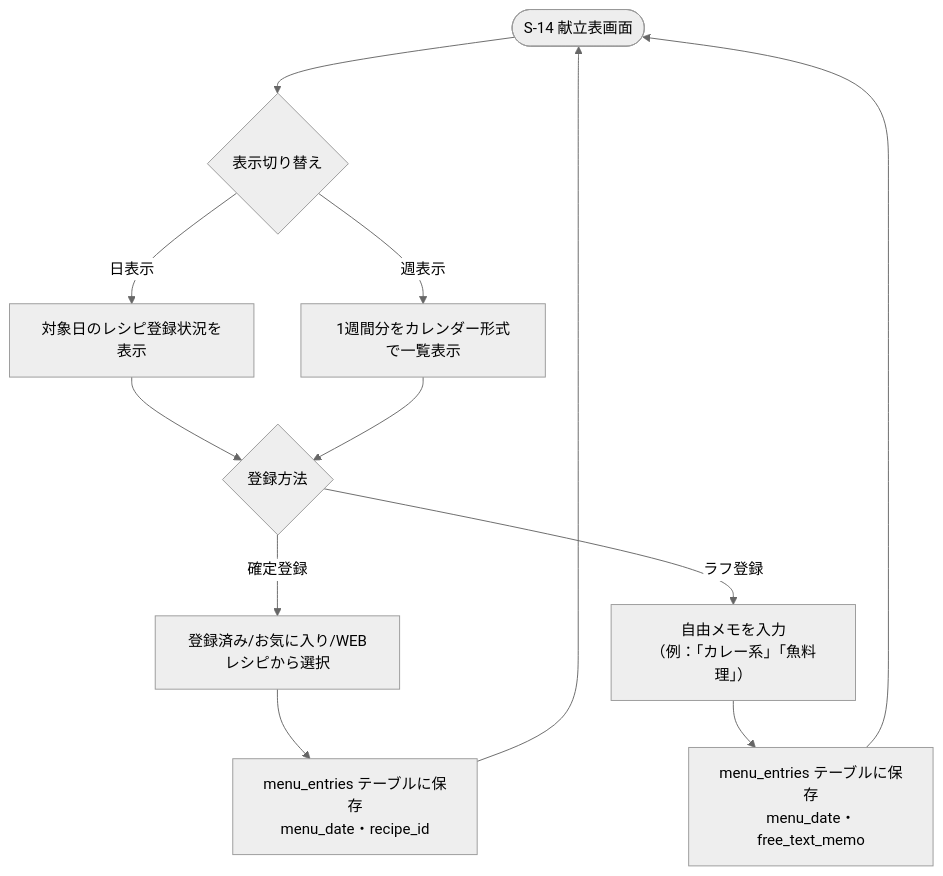
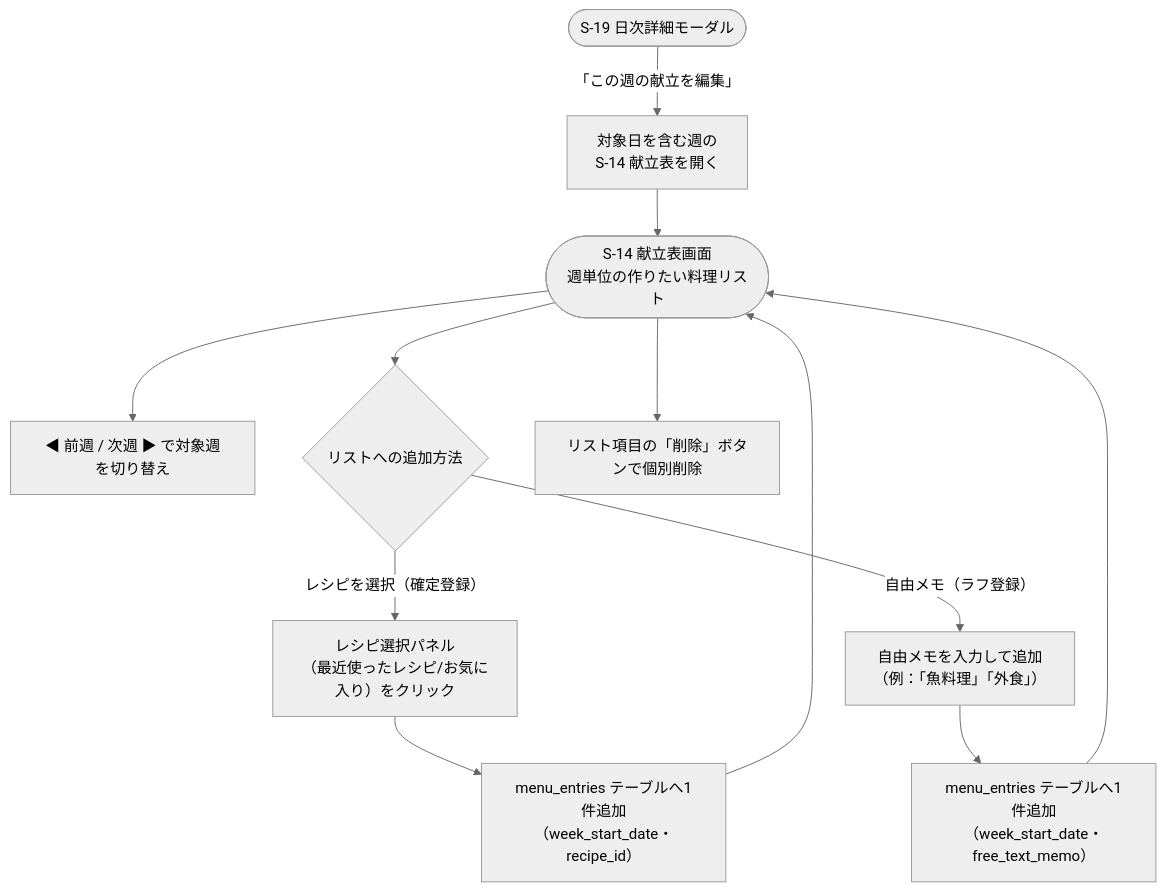
The diagram in docs/details/features/F10_kondate_menu.md (yamamotonaoki3/HomeLog), drawn with Mermaid (neutral theme) before and after one commit. The commit also changed other lines of this file and 22 other files, not shown here.

````diff
--- a/docs/details/features/F10_kondate_menu.md
+++ b/docs/details/features/F10_kondate_menu.md
@@ -19,14 +21,15 @@
 ```mermaid
 flowchart TD
-    A([S-14 献立表画面]) --> B{表示切り替え}
-    B -- 日表示 --> C[対象日のレシピ登録状況を表示]
-    B -- 週表示 --> D[1週間分をカレンダー形式で一覧表示]
-    C --> E{登録方法}
-    D --> E
-    E -- 確定登録 --> F[登録済み/お気に入り/WEBレシピから選択]
-    F --> G[menu_entries テーブルに保存\nmenu_date・recipe_id]
-    E -- ラフ登録 --> H[自由メモを入力\n（例：「カレー系」「魚料理」）]
-    H --> I[menu_entries テーブルに保存\nmenu_date・free_text_memo]
+    A([S-14 献立表画面\n週単位の作りたい料理リスト]) --> B["◀ 前週 / 次週 ▶ で対象週を切り替え"]
+    A --> C{リストへの追加方法}
+    C -- レシピを選択（確定登録） --> D["レシピ選択パネル\n（最近使ったレシピ/お気に入り）をクリック"]
+    C -- 自由メモ（ラフ登録） --> E["自由メモを入力して追加\n（例：「魚料理」「外食」）"]
+    D --> F["menu_entries テーブルへ1件追加\n（week_start_date・recipe_id）"]
+    E --> G["menu_entries テーブルへ1件追加\n（week_start_date・free_text_memo）"]
+    F --> A
     G --> A
-    I --> A
+    A --> H["リスト項目の「削除」ボタンで個別削除"]
+
+    I([S-19 日次詳細モーダル]) -- 「この週の献立を編集」 --> J["対象日を含む週の\nS-14 献立表を開く"]
+    J --> A
 ```
````
